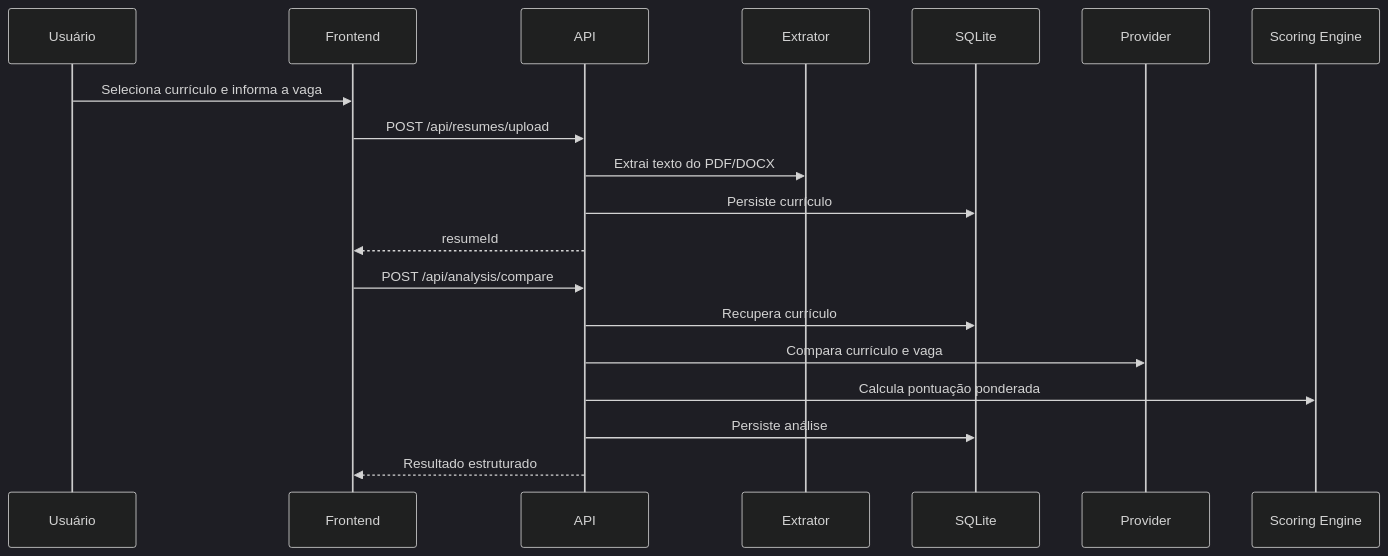
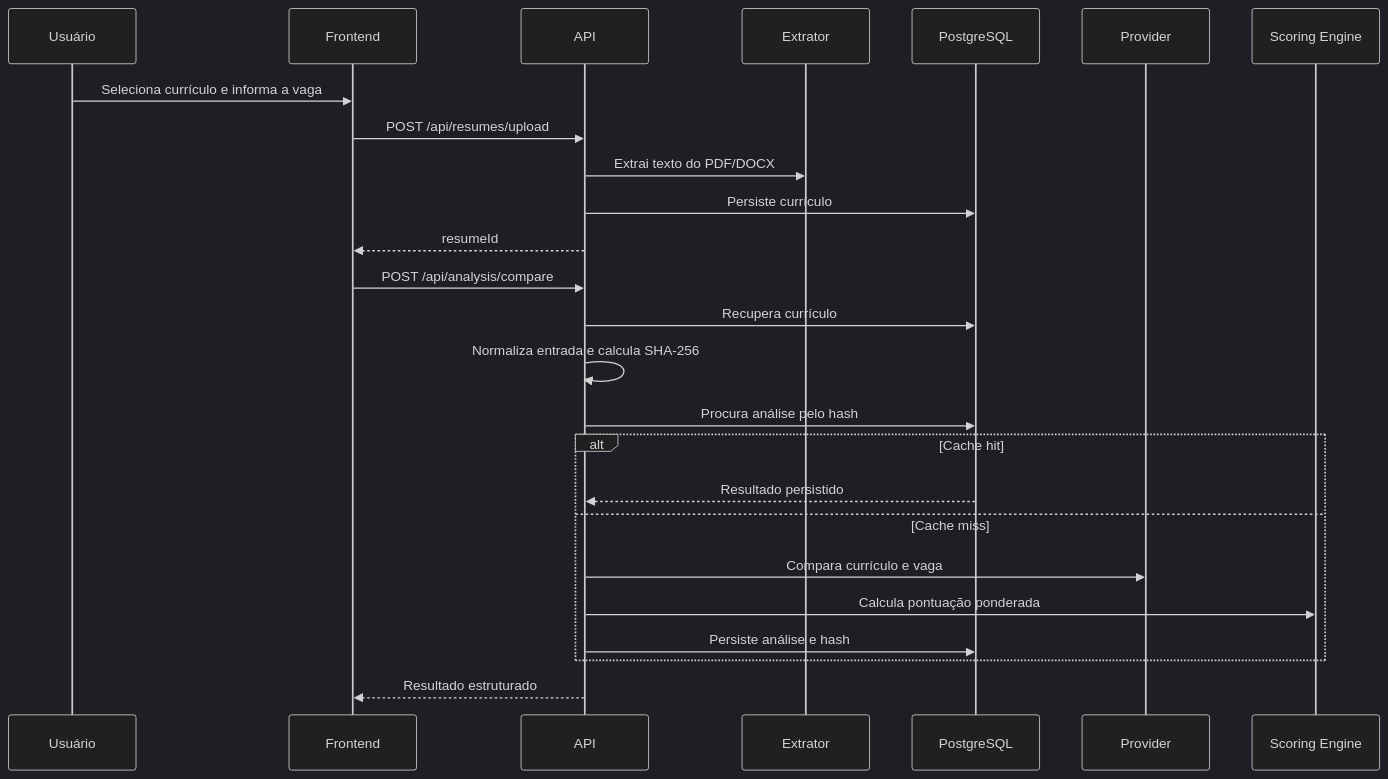
One commit to KevinRibeiroo/Resurva changed the second of 2 diagrams in docs/ARCHITECTURE.md. Above: the diagram before and after it, drawn with Mermaid (dark theme). The commit also changed other lines of this file and 23 other files, not shown here.

````diff
--- a/docs/ARCHITECTURE.md
+++ b/docs/ARCHITECTURE.md
@@ -68,22 +68,28 @@
 ```mermaid
 sequenceDiagram
     participant U as Usuário
     participant W as Frontend
     participant A as API
     participant E as Extrator
-    participant D as SQLite
+    participant D as PostgreSQL
     participant P as Provider
     participant S as Scoring Engine
 
     U->>W: Seleciona currículo e informa a vaga
     W->>A: POST /api/resumes/upload
     A->>E: Extrai texto do PDF/DOCX
     A->>D: Persiste currículo
     A-->>W: resumeId
     W->>A: POST /api/analysis/compare
     A->>D: Recupera currículo
-    A->>P: Compara currículo e vaga
-    A->>S: Calcula pontuação ponderada
-    A->>D: Persiste análise
+    A->>A: Normaliza entrada e calcula SHA-256
+    A->>D: Procura análise pelo hash
+    alt Cache hit
+        D-->>A: Resultado persistido
+    else Cache miss
+        A->>P: Compara currículo e vaga
+        A->>S: Calcula pontuação ponderada
+        A->>D: Persiste análise e hash
+    end
     A-->>W: Resultado estruturado
 ```
````
